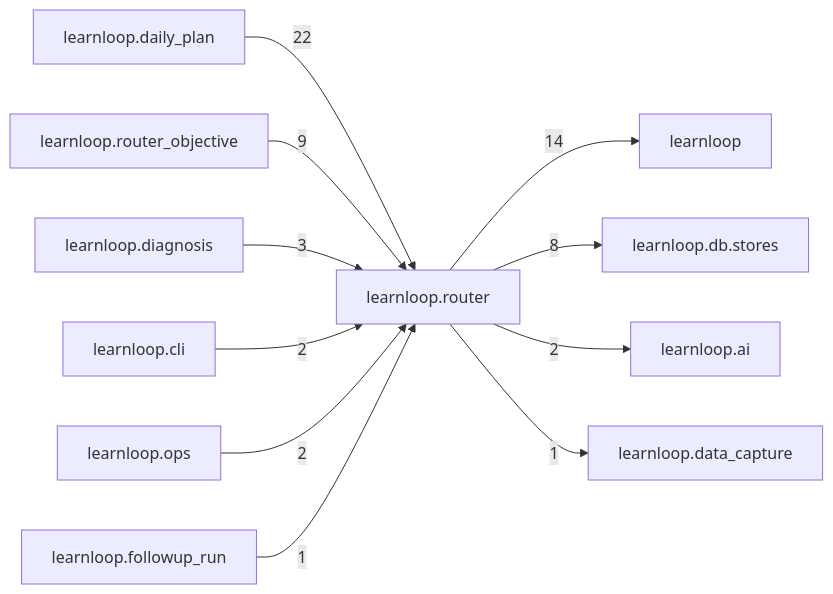
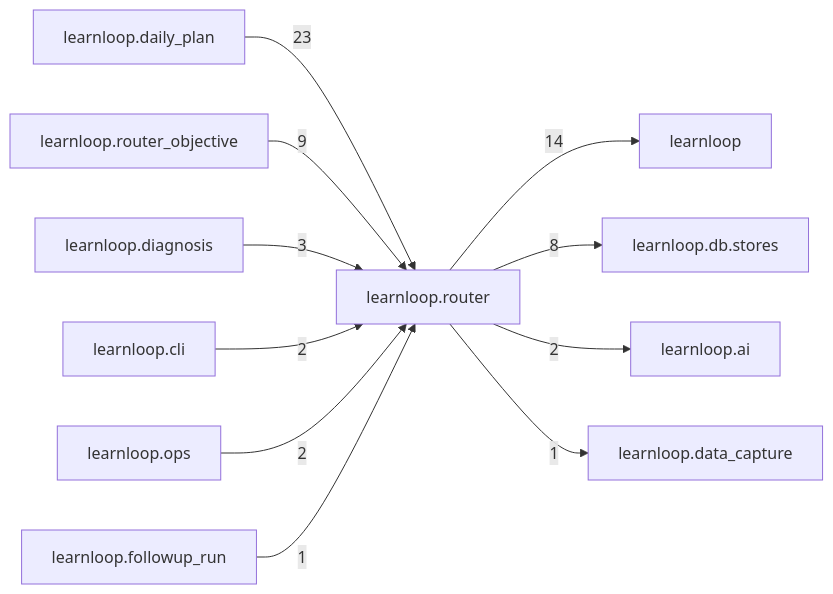
The diagram in docs/learnloop-architecture-vault/Reference/Modules/learnloop/router/_package.md (6up-b/learnanything), drawn with Mermaid before and after one commit. The commit also changed other lines of this file and 158 other files, not shown here.

````diff
--- a/docs/learnloop-architecture-vault/Reference/Modules/learnloop/router/_package.md
+++ b/docs/learnloop-architecture-vault/Reference/Modules/learnloop/router/_package.md
@@ -96,24 +96,24 @@
 ```mermaid
 flowchart LR
     center["learnloop.router"]
     n_learnloop_daily_plan["learnloop.daily_plan"]
     n_learnloop["learnloop"]
     n_learnloop_router_objective["learnloop.router_objective"]
     n_learnloop_db_stores["learnloop.db.stores"]
     n_learnloop_diagnosis["learnloop.diagnosis"]
     n_learnloop_ai["learnloop.ai"]
     n_learnloop_cli["learnloop.cli"]
     n_learnloop_ops["learnloop.ops"]
     n_learnloop_data_capture["learnloop.data_capture"]
     n_learnloop_followup_run["learnloop.followup_run"]
-    n_learnloop_daily_plan -->|22| center
+    n_learnloop_daily_plan -->|23| center
     center -->|14| n_learnloop
     n_learnloop_router_objective -->|9| center
     center -->|8| n_learnloop_db_stores
     n_learnloop_diagnosis -->|3| center
     center -->|2| n_learnloop_ai
     n_learnloop_cli -->|2| center
     n_learnloop_ops -->|2| center
     center -->|1| n_learnloop_data_capture
     n_learnloop_followup_run -->|1| center
 ```
````
